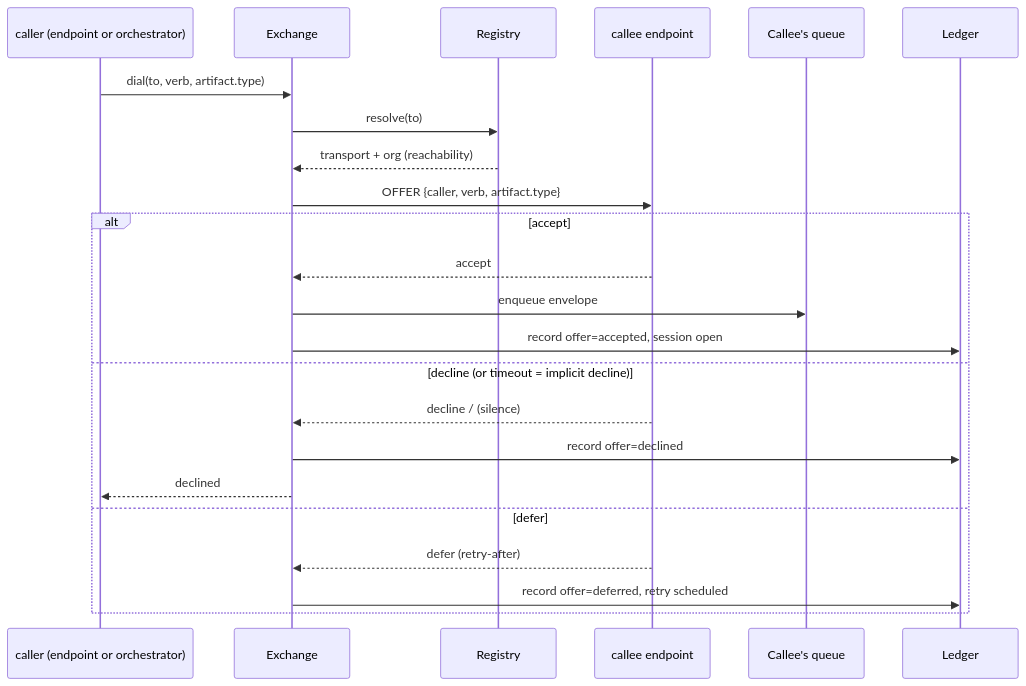
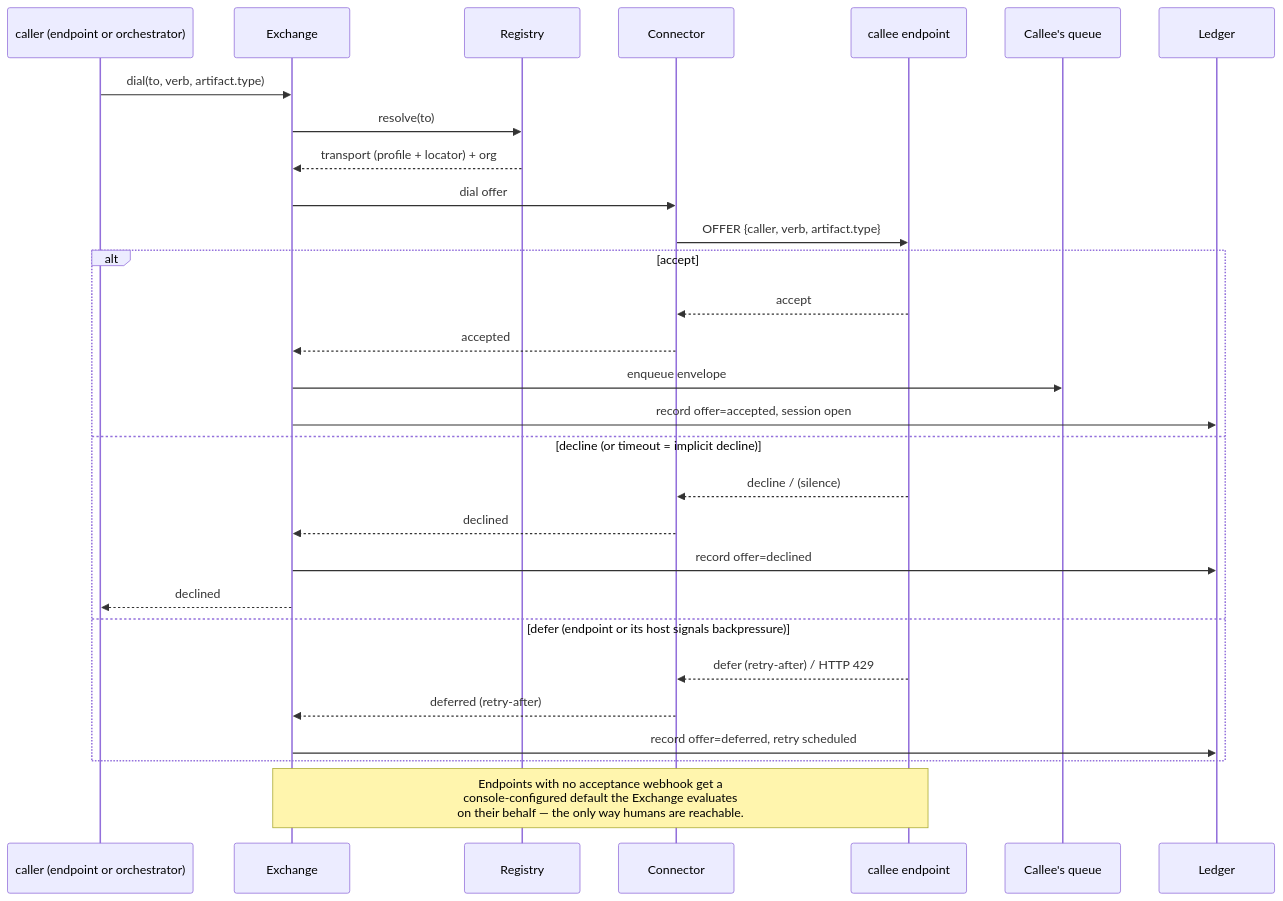
The diagram in docs/diagrams/handshake.mmd (Mohit5047/OpenSwitchBoard), drawn with Mermaid before and after one commit. The commit also changed 10 other files, not shown here.

```diff
--- a/docs/diagrams/handshake.mmd
+++ b/docs/diagrams/handshake.mmd
@@ -1,24 +1,31 @@
 sequenceDiagram
     participant Caller as caller (endpoint or orchestrator)
     participant X as Exchange
     participant R as Registry
+    participant N as Connector
     participant Callee as callee endpoint
     participant Q as Callee's queue
     participant L as Ledger
 
     Caller->>X: dial(to, verb, artifact.type)
     X->>R: resolve(to)
-    R-->>X: transport + org (reachability)
-    X->>Callee: OFFER {caller, verb, artifact.type}
+    R-->>X: transport (profile + locator) + org
+    X->>N: dial offer
+    N->>Callee: OFFER {caller, verb, artifact.type}
     alt accept
-        Callee-->>X: accept
+        Callee-->>N: accept
+        N-->>X: accepted
         X->>Q: enqueue envelope
         X->>L: record offer=accepted, session open
     else decline (or timeout = implicit decline)
-        Callee-->>X: decline / (silence)
+        Callee-->>N: decline / (silence)
+        N-->>X: declined
         X->>L: record offer=declined
         X-->>Caller: declined
-    else defer
-        Callee-->>X: defer (retry-after)
+    else defer (endpoint or its host signals backpressure)
+        Callee-->>N: defer (retry-after) / HTTP 429
+        N-->>X: deferred (retry-after)
         X->>L: record offer=deferred, retry scheduled
     end
+
+    note over X,Callee: Endpoints with no acceptance webhook get a<br/>console-configured default the Exchange evaluates<br/>on their behalf — the only way humans are reachable.
```
